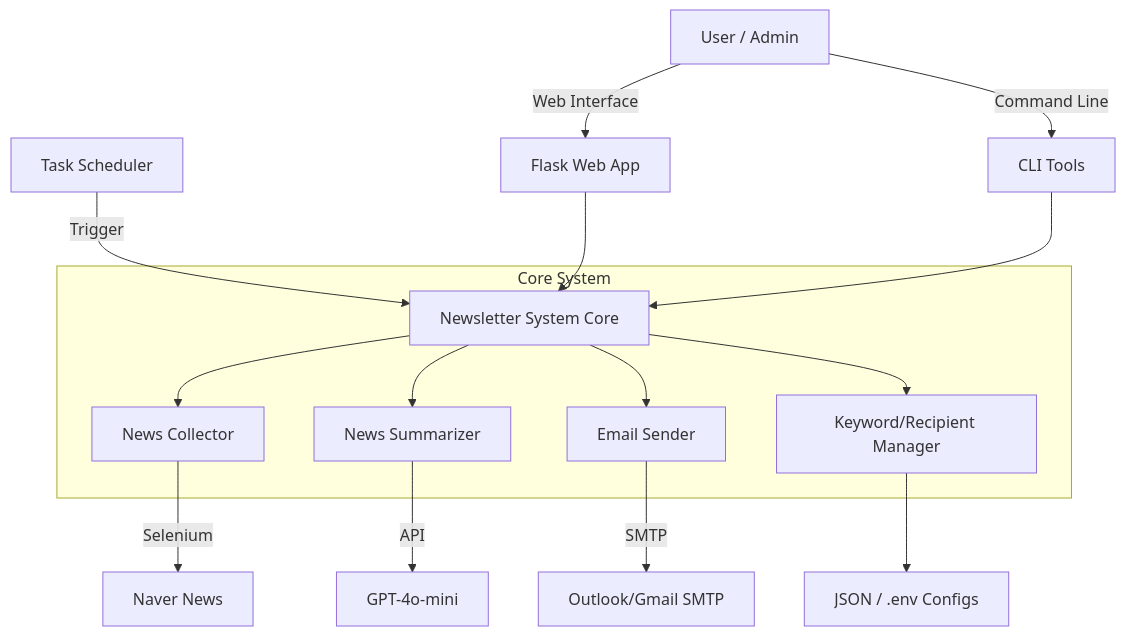
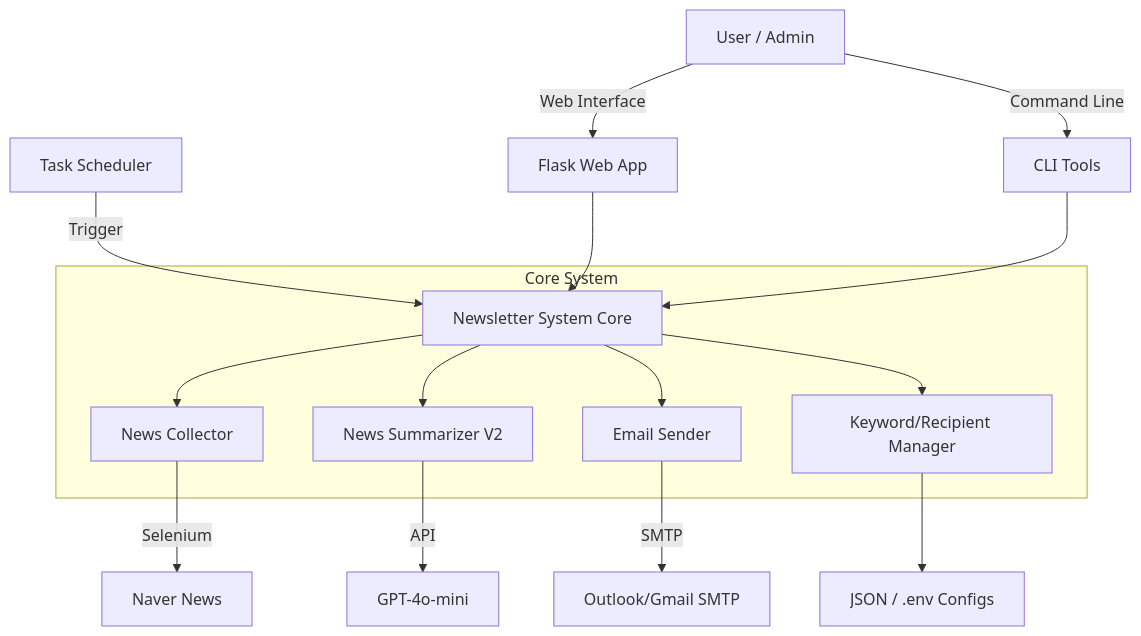
Before and after one commit to ousia-web3/mailbox: the diagram in docs/PRD.md, drawn with Mermaid. The commit also changed other lines of this file and 66 other files, not shown here.

````diff
--- a/docs/PRD.md
+++ b/docs/PRD.md
@@ -103,22 +107,22 @@
 ```mermaid
 graph TD
     User[User / Admin] -->|Web Interface| FlaskApp[Flask Web App]
     User -->|Command Line| CLI[CLI Tools]
     Scheduler[Task Scheduler] -->|Trigger| CoreSystem[Newsletter System Core]
 
     FlaskApp --> CoreSystem
     CLI --> CoreSystem
 
     subgraph "Core System"
         CoreSystem --> Collector[News Collector]
-        CoreSystem --> Summarizer[News Summarizer]
+        CoreSystem --> Summarizer[News Summarizer V2]
         CoreSystem --> Sender[Email Sender]
         CoreSystem --> Manager[Keyword/Recipient Manager]
     end
 
     Collector -->|Selenium| NaverNews[Naver News]
     Summarizer -->|API| OpenAI[GPT-4o-mini]
     Sender -->|SMTP| MailServer[Outlook/Gmail SMTP]
 
     Manager --> ConfigFiles[JSON / .env Configs]
 ```
````
